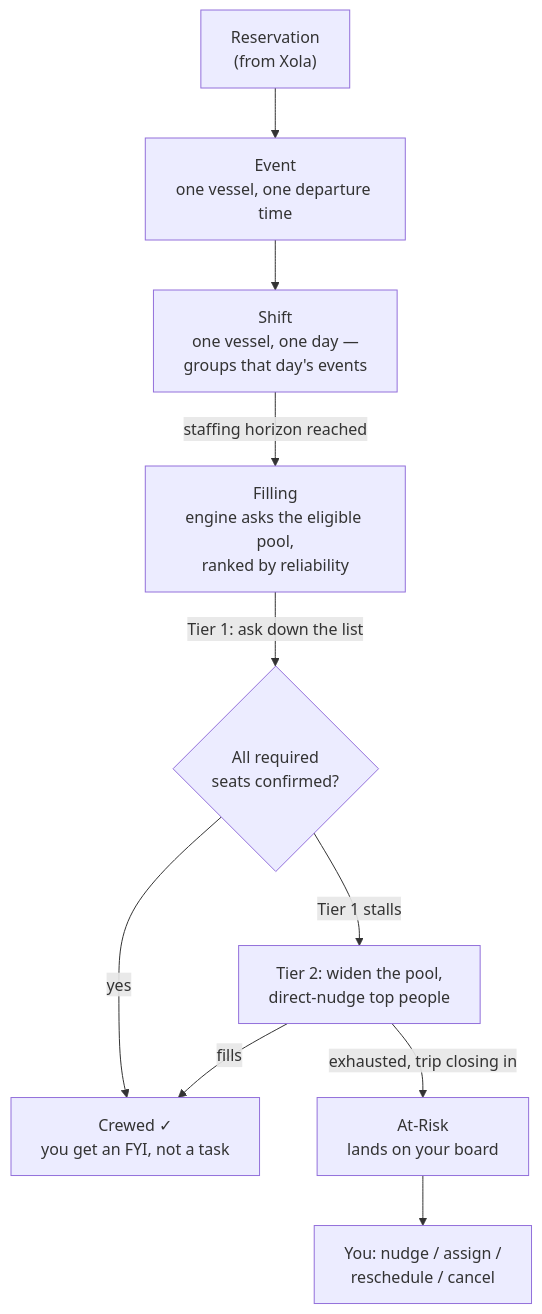
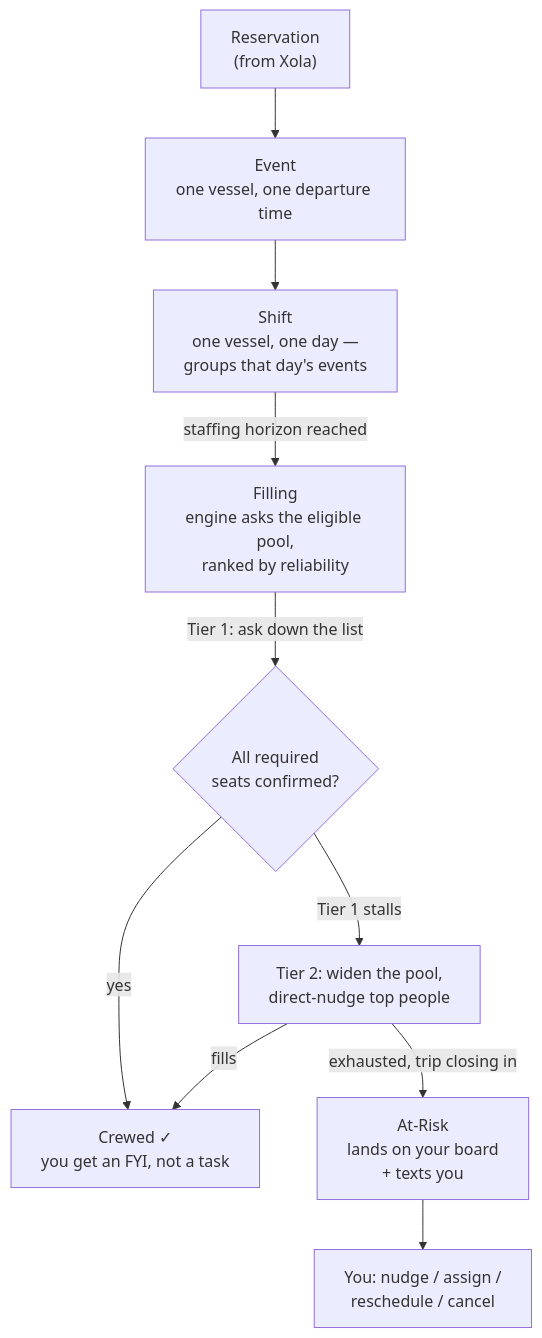
Before and after one commit to mobiustripper42/muster: the first of 3 diagrams in docs/OPERATOR_MANUAL.md, drawn with Mermaid. The commit also changed other lines of this file and 4 other files, not shown here.

````diff
--- a/docs/OPERATOR_MANUAL.md
+++ b/docs/OPERATOR_MANUAL.md
@@ -49,12 +49,12 @@
 ```mermaid
 flowchart TD
   R["Reservation<br/>(from Xola)"] --> E["Event<br/>one vessel, one departure time"]
   E --> S["Shift<br/>one vessel, one day —<br/>groups that day's events"]
   S -->|"staffing horizon reached"| F["Filling<br/>engine asks the eligible pool,<br/>ranked by reliability"]
   F -->|"Tier 1: ask down the list"| Q{"All required<br/>seats confirmed?"}
   Q -->|"yes"| C["Crewed ✓<br/>you get an FYI, not a task"]
   Q -->|"Tier 1 stalls"| T2["Tier 2: widen the pool,<br/>direct-nudge top people"]
   T2 -->|"fills"| C
-  T2 -->|"exhausted, trip closing in"| AR["At-Risk<br/>lands on your board"]
+  T2 -->|"exhausted, trip closing in"| AR["At-Risk<br/>lands on your board<br/>+ texts you"]
   AR --> YOU["You: nudge / assign /<br/>reschedule / cancel"]
 ```
````
